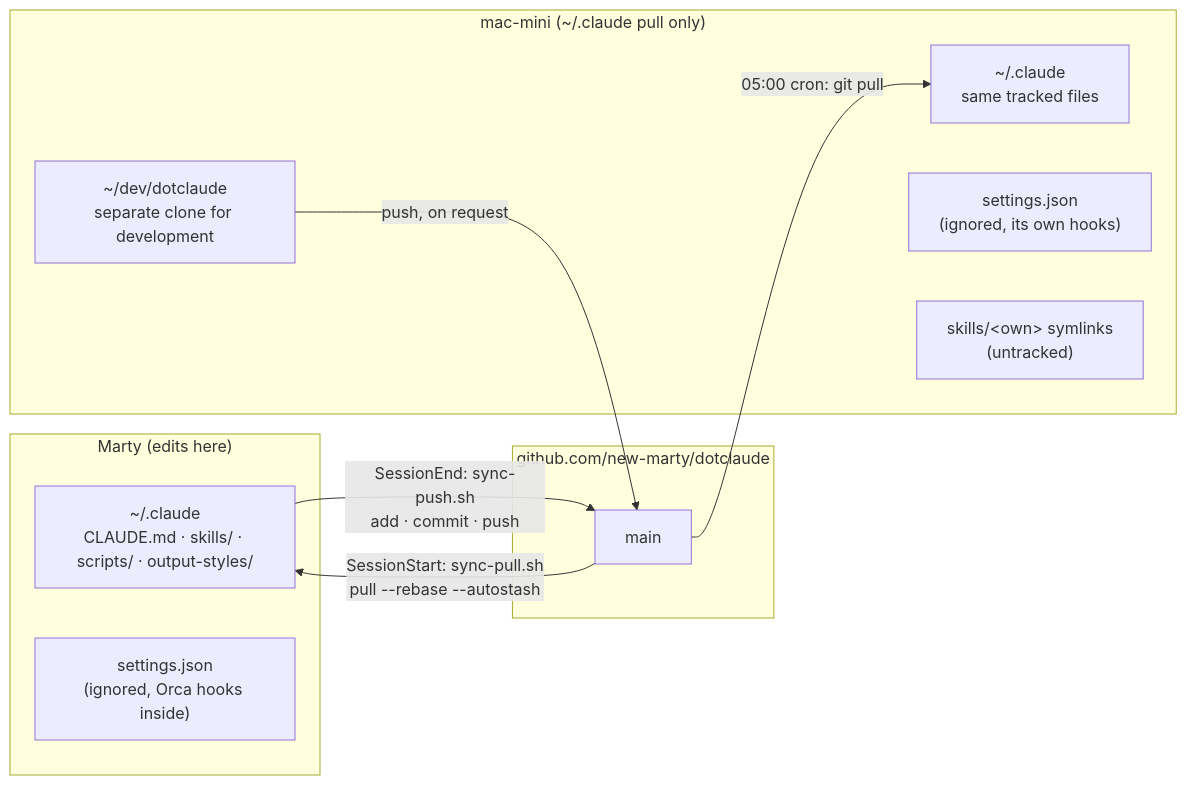
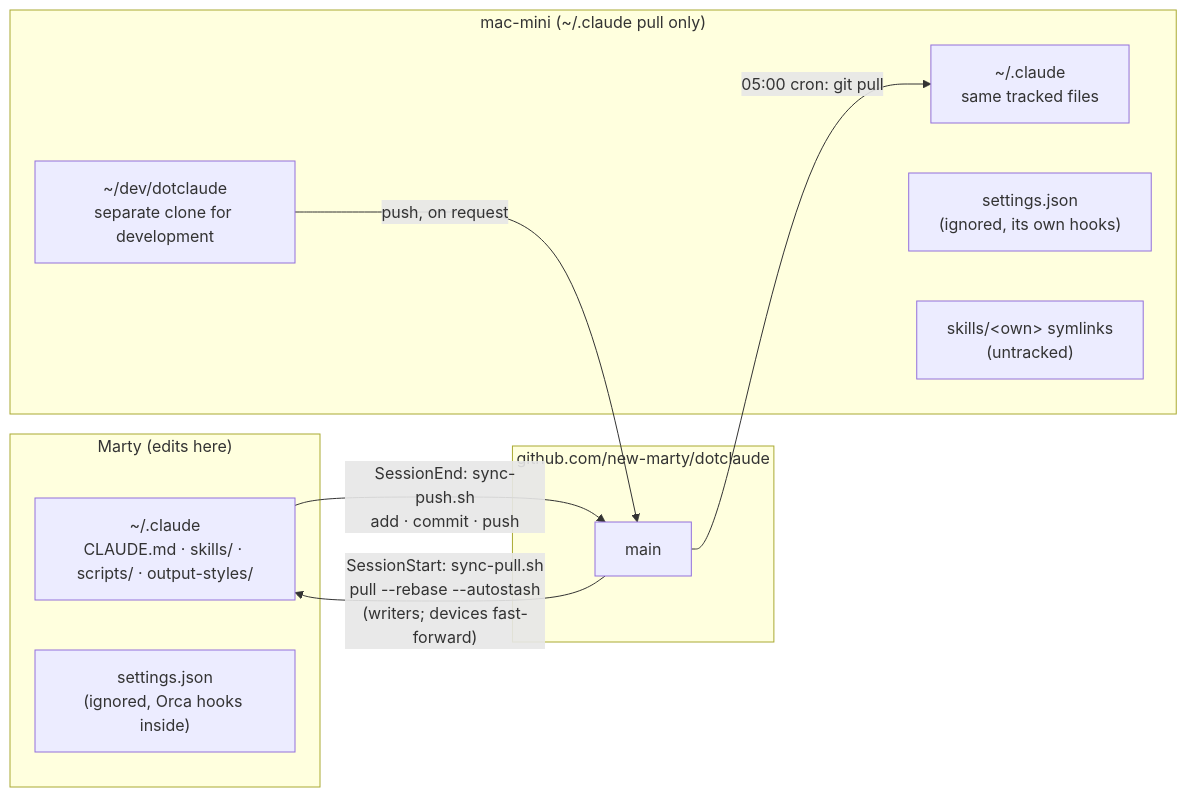
One commit to new-marty/dotclaude changed the first of 2 diagrams in README.md. Above: the diagram before and after it, drawn with Mermaid. The commit also changed other lines of this file and 4 other files, not shown here.

````diff
--- a/README.md
+++ b/README.md
@@ -48,20 +48,20 @@
 ```mermaid
 flowchart LR
     subgraph marty["Marty (edits here)"]
         m_cfg["~/.claude<br/>CLAUDE.md · skills/ · scripts/ · output-styles/"]
         m_set["settings.json<br/>(ignored, Orca hooks inside)"]
     end
     subgraph gh["github.com/new-marty/dotclaude"]
         main["main"]
     end
     subgraph mini["mac-mini (~/.claude pull only)"]
         n_cfg["~/.claude<br/>same tracked files"]
         n_set["settings.json<br/>(ignored, its own hooks)"]
         n_own["skills/&lt;own&gt; symlinks<br/>(untracked)"]
         n_dev["~/dev/dotclaude<br/>separate clone for development"]
     end
     m_cfg -- "SessionEnd: sync-push.sh<br/>add · commit · push" --> main
-    main -- "SessionStart: sync-pull.sh<br/>pull --rebase --autostash" --> m_cfg
+    main -- "SessionStart: sync-pull.sh<br/>pull --rebase --autostash<br/>(writers; devices fast-forward)" --> m_cfg
     main -- "05:00 cron: git pull" --> n_cfg
     n_dev -- "push, on request" --> main
 ```
````
